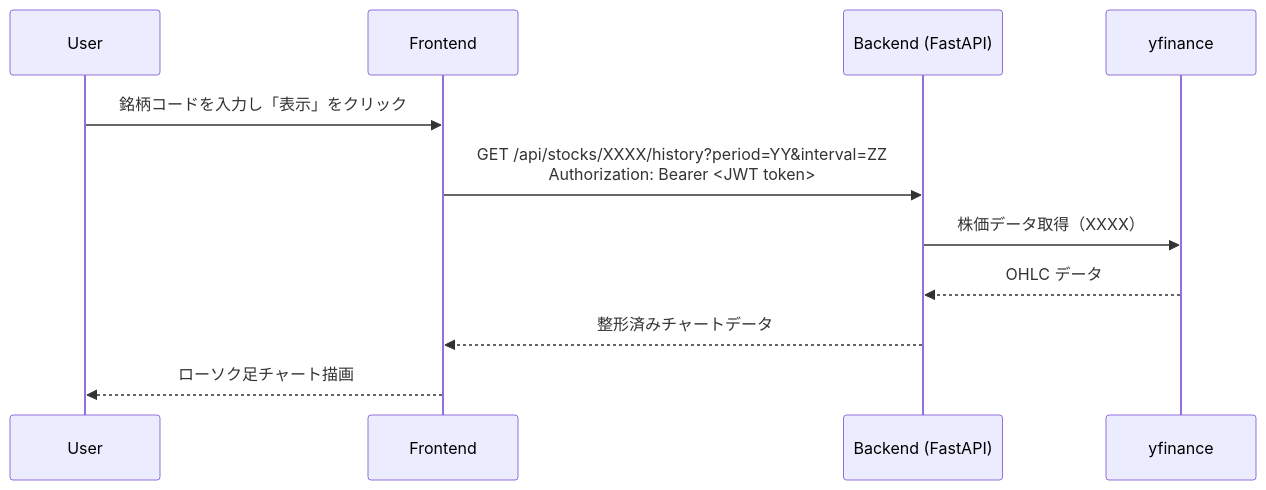
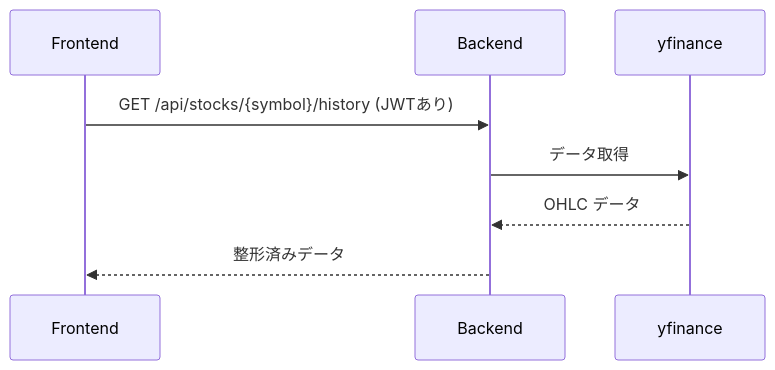
Before and after one commit to koki-ymd/stock-viewer: the fourth of 4 diagrams in docs/architecture.md, drawn with Mermaid. The commit also changed other lines of this file, not shown here.

Commit message:
docs: update architecture.md for portfolio

````diff
--- a/docs/architecture.md
+++ b/docs/architecture.md
@@ -333,14 +430,11 @@
 ```mermaid
 sequenceDiagram
-  participant U as User
   participant FE as Frontend
-  participant BE as Backend (FastAPI)
+  participant BE as Backend
   participant YF as yfinance
 
-  U->>FE: 銘柄コードを入力し「表示」をクリック
-  FE->>BE: GET /api/stocks/XXXX/history?period=YY&interval=ZZ <br/> Authorization: Bearer <JWT token>
-  BE->>YF: 株価データ取得（XXXX）
+  FE->>BE: GET /api/stocks/{symbol}/history (JWTあり)
+  BE->>YF: データ取得
   YF-->>BE: OHLC データ
-  BE-->>FE: 整形済みチャートデータ
-  FE-->>U: ローソク足チャート描画
+  BE-->>FE: 整形済みデータ
 ```
````
